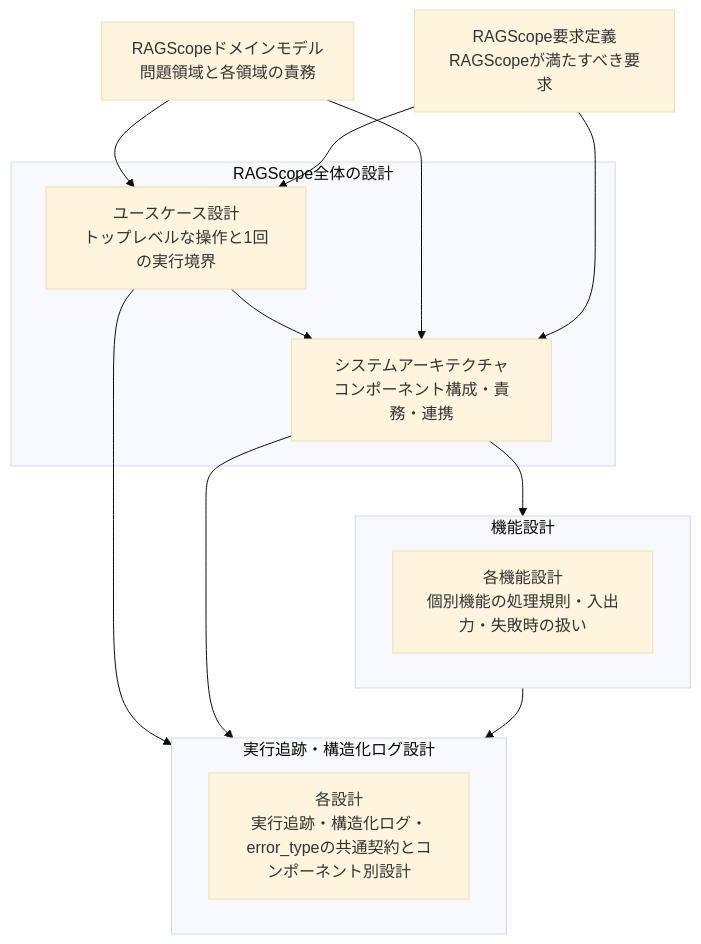
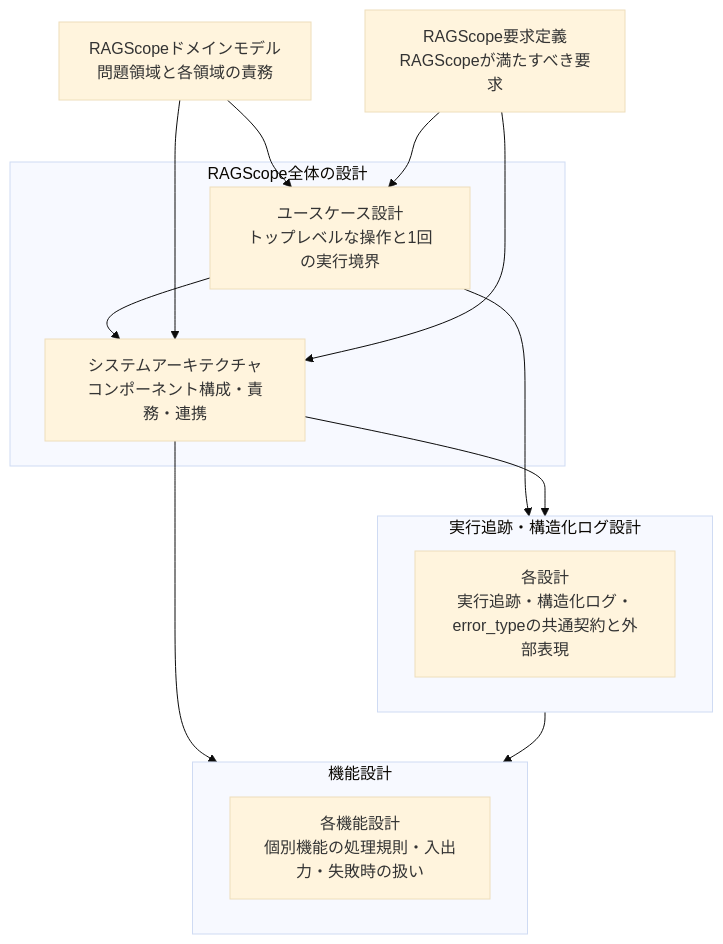
Before and after one commit to takashit16833/RAGScope: the diagram in project-docs/design/README.md, drawn with Mermaid (base theme). The commit also changed 13 other files, not shown here.

````diff
--- a/project-docs/design/README.md
+++ b/project-docs/design/README.md
@@ -20,30 +20,30 @@
 ```mermaid
 flowchart TD
     Domain["RAGScopeドメインモデル<br>問題領域と各領域の責務"]
     Requirements["RAGScope要求定義<br>RAGScopeが満たすべき要求"]
 
     subgraph Core["RAGScope全体の設計"]
         UseCase["ユースケース設計<br>トップレベルな操作と1回の実行境界"]
         Architecture["システムアーキテクチャ<br>コンポーネント構成・責務・連携"]
         UseCase --> Architecture
     end
 
     subgraph Features["機能設計"]
         FeatureDesigns["各機能設計<br>個別機能の処理規則・入出力・失敗時の扱い"]
     end
 
     subgraph Logging["実行追跡・構造化ログ設計"]
-        LoggingDesigns["各設計<br>実行追跡・構造化ログ・error_typeの共通契約とコンポーネント別設計"]
+        LoggingDesigns["各設計<br>実行追跡・構造化ログ・error_typeの共通契約と外部表現"]
     end
 
     Domain --> UseCase
     Requirements --> UseCase
     Domain --> Architecture
     Requirements --> Architecture
 
     Architecture --> Features
 
     UseCase --> Logging
     Architecture --> Logging
-    Features --> Logging
+    Logging --> Features
 ```
````
